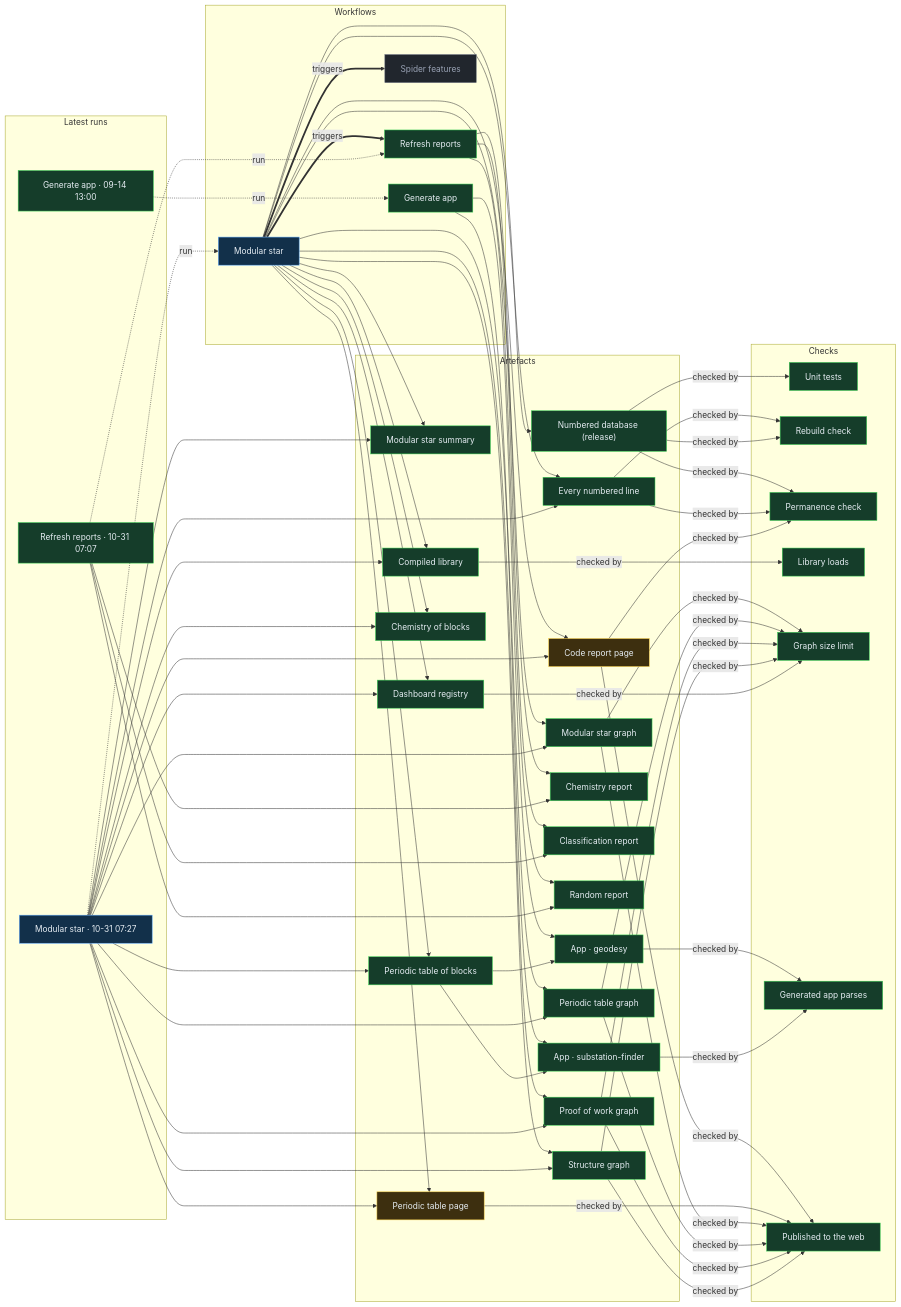
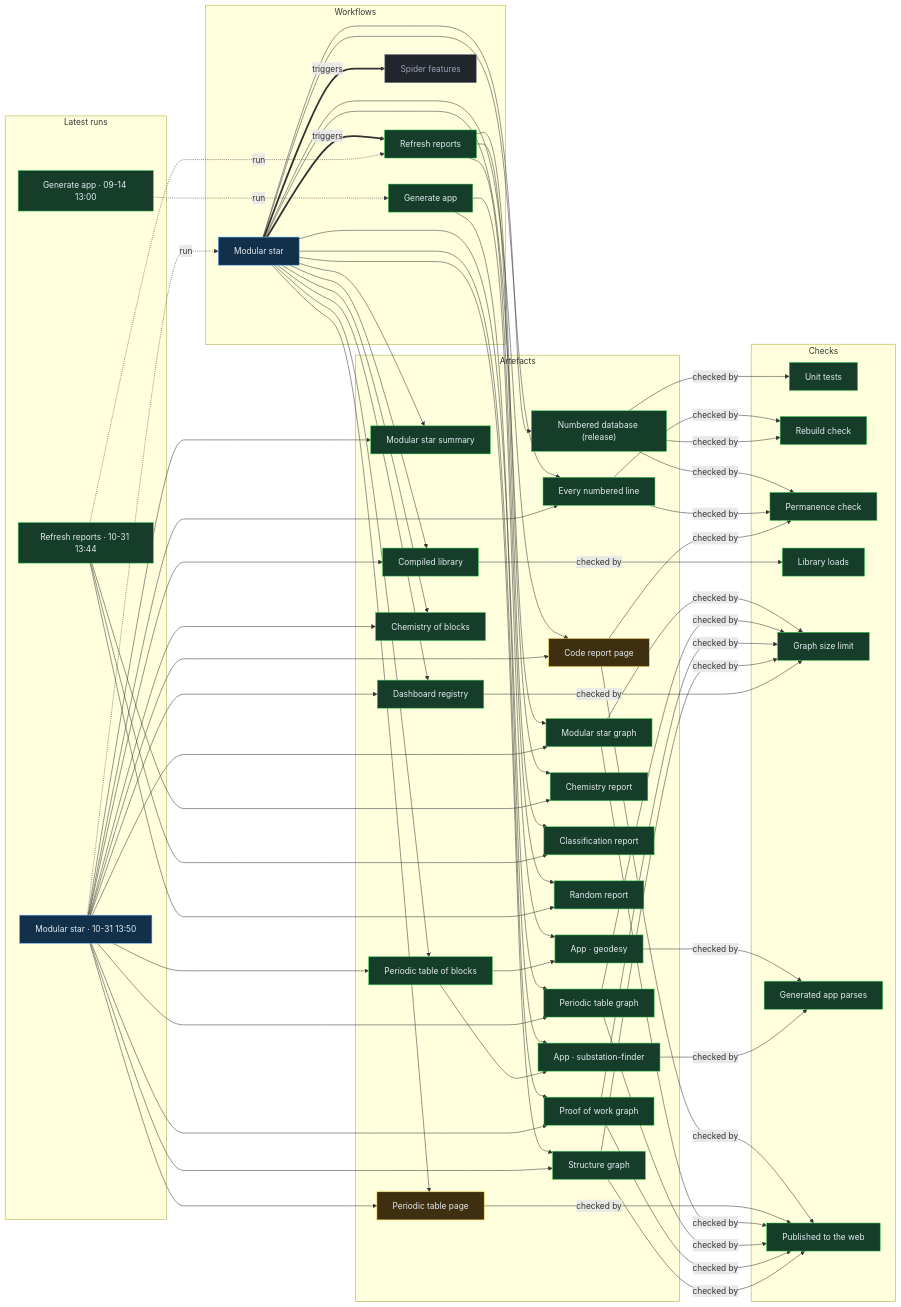
One commit to Ventusltd/stars changed the diagram in proof/PROOF.md. Above: the diagram before and after it, drawn with Mermaid. The commit also changed other lines of this file and 55 other files, not shown here.

Commit message:
Modular star 2026-10-31T13:52Z

```diff
--- a/proof/PROOF.md
+++ b/proof/PROOF.md
@@ -24,8 +24,8 @@
   n_wf_spider_features["Spider features"]:::off
   end
   subgraph g_runs["Latest runs"]
-  n_run_41180701286["Modular star · 10-31 07:27"]:::live
-  n_run_41179344696["Refresh reports · 10-31 07:07"]:::ok
+  n_run_41207386770["Modular star · 10-31 13:50"]:::live
+  n_run_41206941784["Refresh reports · 10-31 13:44"]:::ok
   n_run_34846587798["Generate app · 09-14 13:00"]:::ok
   end
   subgraph g_artefacts["Artefacts"]
@@ -59,39 +59,39 @@
   end
   n_wf_modular_star == triggers ==> n_wf_refresh
   n_wf_modular_star == triggers ==> n_wf_spider_features
-  n_run_41180701286 -. run .-> n_wf_modular_star
-  n_run_41179344696 -. run .-> n_wf_refresh
+  n_run_41207386770 -. run .-> n_wf_modular_star
+  n_run_41206941784 -. run .-> n_wf_refresh
   n_run_34846587798 -. run .-> n_wf_generate
   n_wf_modular_star --> n_art_summary
-  n_run_41180701286 --> n_art_summary
+  n_run_41207386770 --> n_art_summary
   n_wf_modular_star --> n_art_lines
-  n_run_41180701286 --> n_art_lines
+  n_run_41207386770 --> n_art_lines
   n_wf_modular_star --> n_art_code
-  n_run_41180701286 --> n_art_code
+  n_run_41207386770 --> n_art_code
   n_wf_modular_star --> n_art_modular_graph
-  n_run_41180701286 --> n_art_modular_graph
+  n_run_41207386770 --> n_art_modular_graph
   n_wf_modular_star --> n_art_blocks
-  n_run_41180701286 --> n_art_blocks
+  n_run_41207386770 --> n_art_blocks
   n_wf_modular_star --> n_art_table
-  n_run_41180701286 --> n_art_table
+  n_run_41207386770 --> n_art_table
   n_wf_modular_star --> n_art_blocks_graph
-  n_run_41180701286 --> n_art_blocks_graph
+  n_run_41207386770 --> n_art_blocks_graph
   n_wf_modular_star --> n_art_reactions
-  n_run_41180701286 --> n_art_reactions
+  n_run_41207386770 --> n_art_reactions
   n_wf_modular_star --> n_art_library
-  n_run_41180701286 --> n_art_library
+  n_run_41207386770 --> n_art_library
   n_wf_modular_star --> n_art_features
-  n_run_41180701286 --> n_art_features
+  n_run_41207386770 --> n_art_features
   n_wf_modular_star --> n_art_proof
-  n_run_41180701286 --> n_art_proof
+  n_run_41207386770 --> n_art_proof
   n_wf_modular_star --> n_art_structure
-  n_run_41180701286 --> n_art_structure
+  n_run_41207386770 --> n_art_structure
   n_wf_refresh --> n_art_chemistry
-  n_run_41179344696 --> n_art_chemistry
+  n_run_41206941784 --> n_art_chemistry
   n_wf_refresh --> n_art_vedic
-  n_run_41179344696 --> n_art_vedic
+  n_run_41206941784 --> n_art_vedic
   n_wf_refresh --> n_art_random
-  n_run_41179344696 --> n_art_random
+  n_run_41206941784 --> n_art_random
   n_wf_modular_star --> n_art_release
   n_wf_generate --> n_app_geodesy
   n_art_blocks --> n_app_geodesy
```
